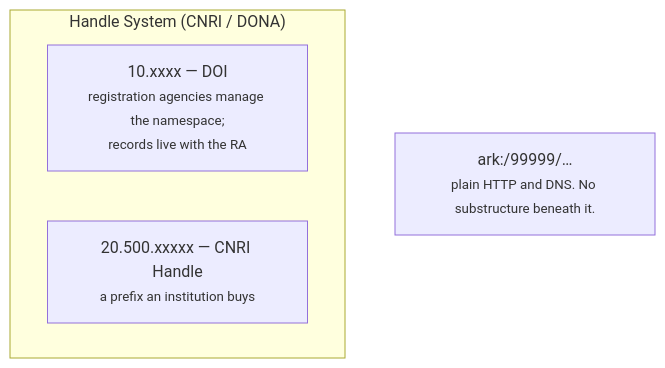
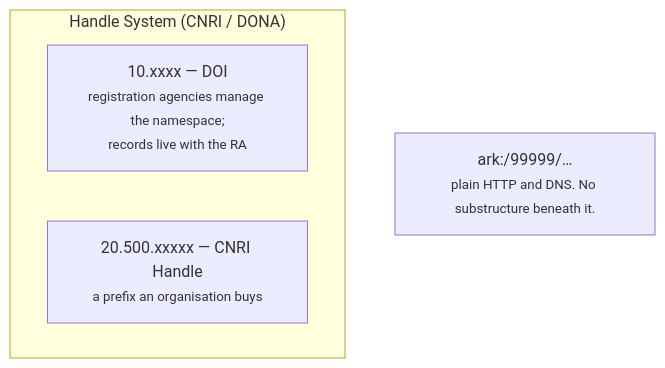
Before and after one commit to RCOSDP/arkhe: the diagram in docs/concepts/ark.md, drawn with Mermaid. The commit also changed other lines of this file and 62 other files, not shown here.

````diff
--- a/docs/concepts/ark.md
+++ b/docs/concepts/ark.md
@@ -18,8 +18,8 @@
 ```mermaid
 flowchart TB
     subgraph H["Handle System (CNRI / DONA)"]
         DOI["10.xxxx — DOI<br/><small>registration agencies manage the namespace;<br/>records live with the RA</small>"]
-        HDL["20.500.xxxxx — CNRI Handle<br/><small>a prefix an institution buys</small>"]
+        HDL["20.500.xxxxx — CNRI Handle<br/><small>a prefix an organisation buys</small>"]
     end
     ARK["ark:/99999/…<br/><small>plain HTTP and DNS. No substructure beneath it.</small>"]
 ```
````
